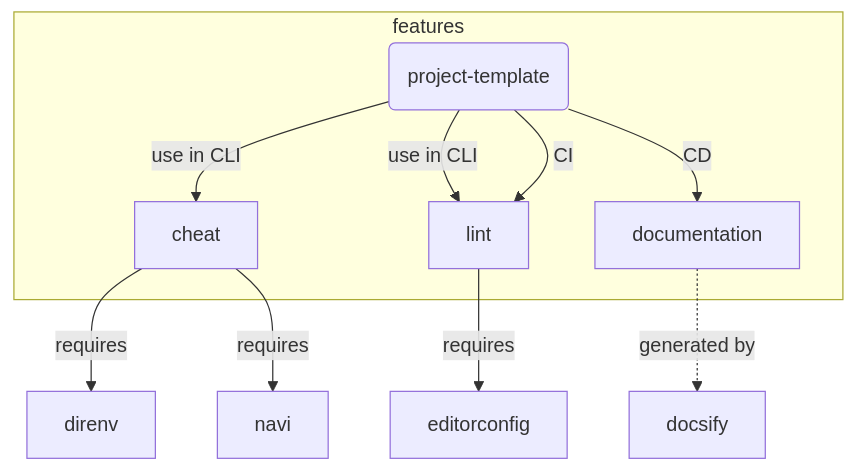
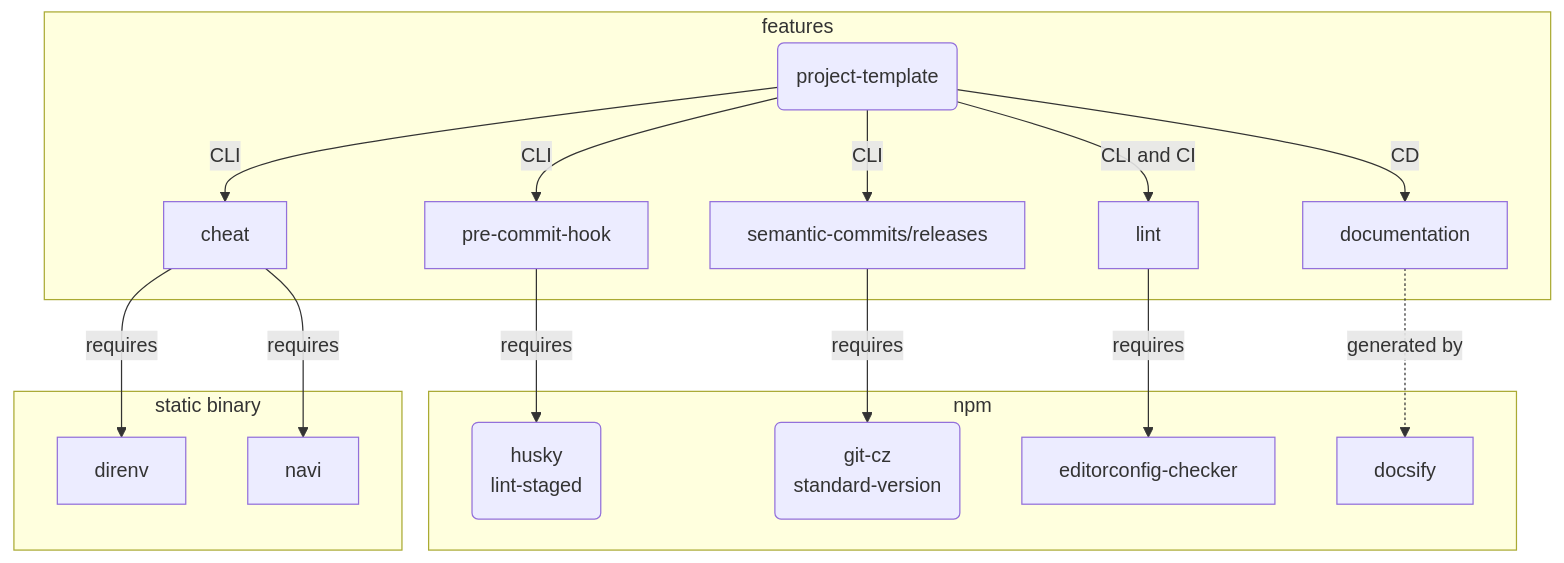
The diagram in README.md (Torimune29/rust-project-template), drawn with Mermaid before and after one commit. The commit also changed other lines of this file, not shown here.

Commit message:
refactor: 💡 README

````diff
--- a/README.md
+++ b/README.md
@@ -116,15 +22,24 @@
 ```mermaid
 flowchart TB
     repo(project-template)
+    precommit(husky<br>lint-staged)
+    commit(git-cz<br>standard-version)
     repo
     subgraph features
-        repo --use in CLI--> cheat
-        repo --use in CLI--> lint
-        repo --CI--> lint
+        repo --CLI--> pre-commit-hook
+        repo --CLI--> cheat
+        repo --CLI--> semantic-commits/releases
+        repo --CLI and CI--> lint
         repo --CD--> documentation
     end
-    cheat --requires--> direnv
-    cheat --requires--> navi
-    lint --requires--> editorconfig
-    documentation -.generated by.-> docsify
+    subgraph npm
+        pre-commit-hook --requires --> precommit
+        semantic-commits/releases --requires-->commit
+        lint --requires--> editorconfig-checker
+        documentation -.generated by.-> docsify
+    end
+    subgraph static binary
+        cheat --requires--> direnv
+        cheat --requires--> navi
+    end
 ```
````
